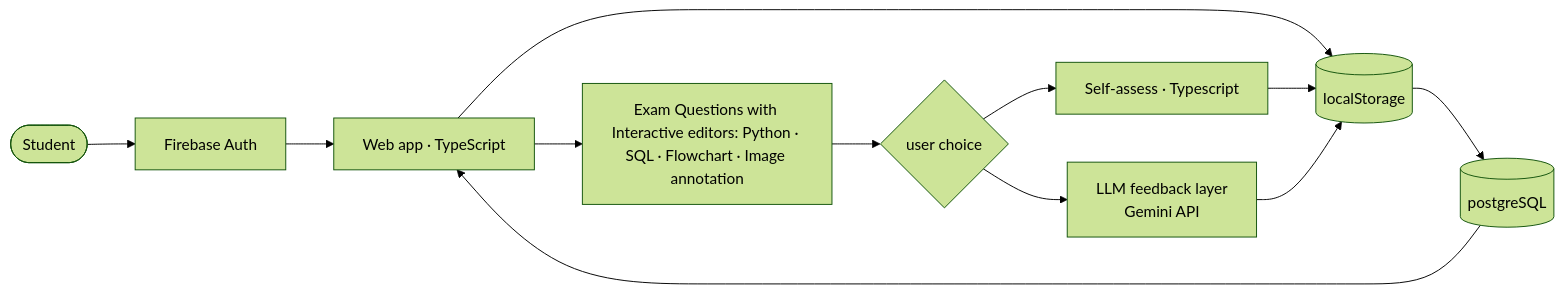
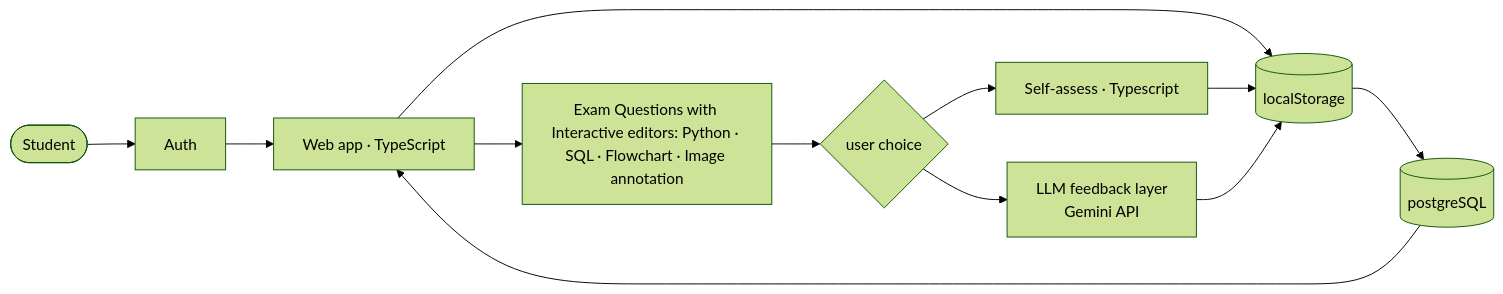
Before and after one commit to lmcrean/lmcrean: the first of 2 diagrams in ReadMe.md, drawn with Mermaid (forest theme).

Commit message:
Update flowchart label for Firebase Auth

````diff
--- a/ReadMe.md
+++ b/ReadMe.md
@@ -25,14 +25,14 @@
 ```mermaid
 flowchart LR
-    Student([Student]) --> Auth[Firebase Auth]
+    Student([Student]) --> Auth[Auth]
     Auth --> App[Web app · TypeScript]
     App --> Editors["Exam Questions with <br>Interactive editors: Python · SQL · Flowchart · Image annotation"]
     App --> DB[(localStorage)]
     DB[(localStorage)] --> DB2[(postgreSQL)]
     Editors --> ASS{user choice}
     ASS --> LLM["LLM feedback layer<br/>Gemini API"]
     ASS --> SA["Self-assess · Typescript"]
     SA --> DB
     LLM --> DB
     DB2 --> App
 ```
````
